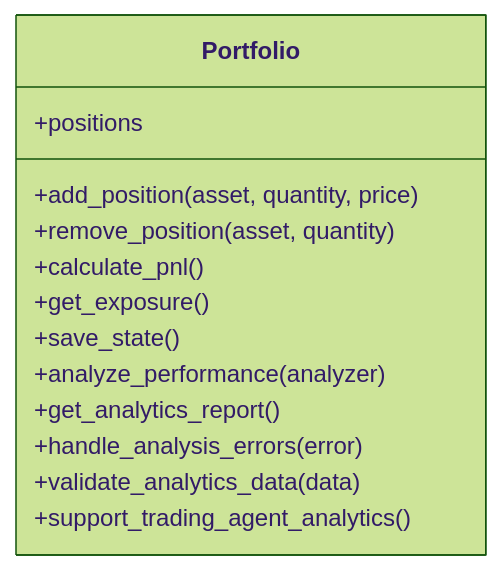
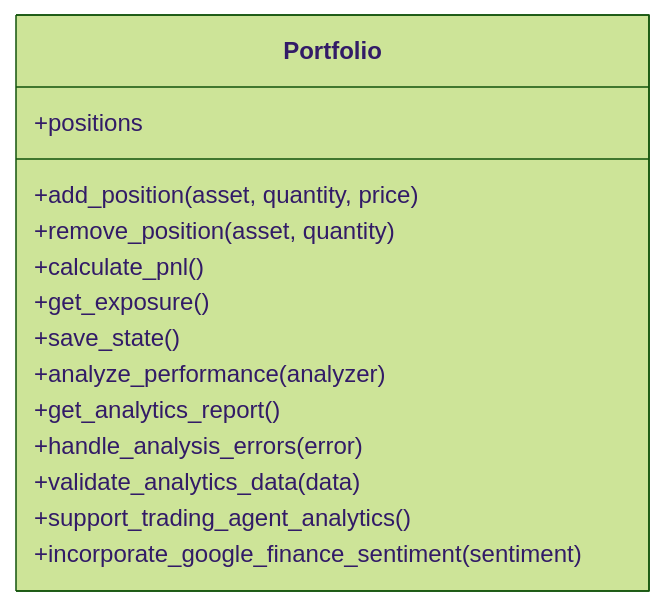
Before and after one commit to ZengSeng/telegram-bot: the sixth of 13 diagrams in .qoder/repowiki/en/content/Core Components/Analysis Framework.md, drawn with Mermaid (forest theme). The commit also changed other lines of this file and 22 other files, not shown here.

````diff
--- a/.qoder/repowiki/en/content/Core Components/Analysis Framework.md
+++ b/.qoder/repowiki/en/content/Core Components/Analysis Framework.md
@@ -321,16 +342,17 @@
 ```mermaid
 classDiagram
 class Portfolio {
 +positions
 +add_position(asset, quantity, price)
 +remove_position(asset, quantity)
 +calculate_pnl()
 +get_exposure()
 +save_state()
 +analyze_performance(analyzer)
 +get_analytics_report()
 +handle_analysis_errors(error)
 +validate_analytics_data(data)
 +support_trading_agent_analytics()
++incorporate_google_finance_sentiment(sentiment)
 }
 ```
````
